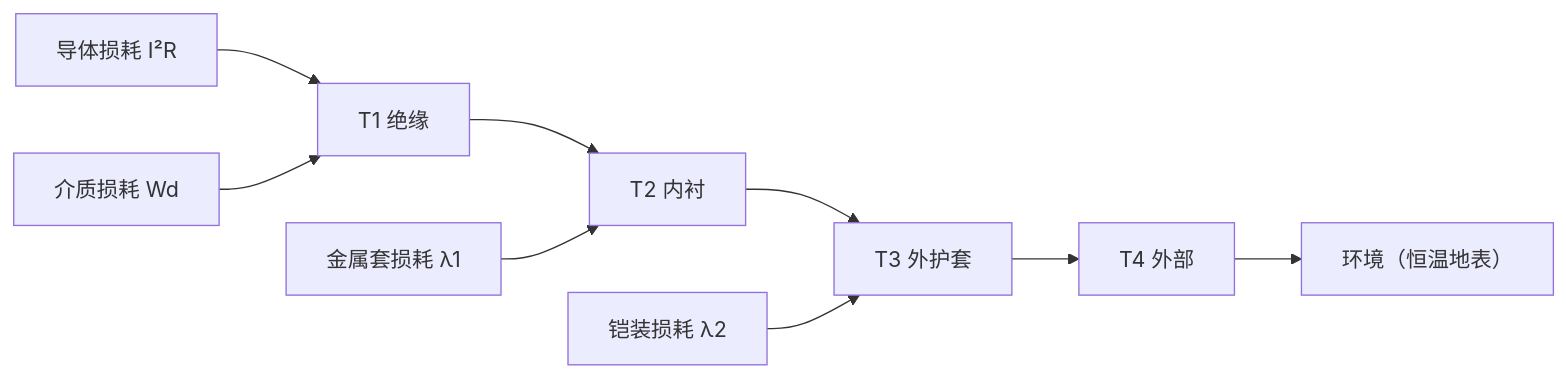
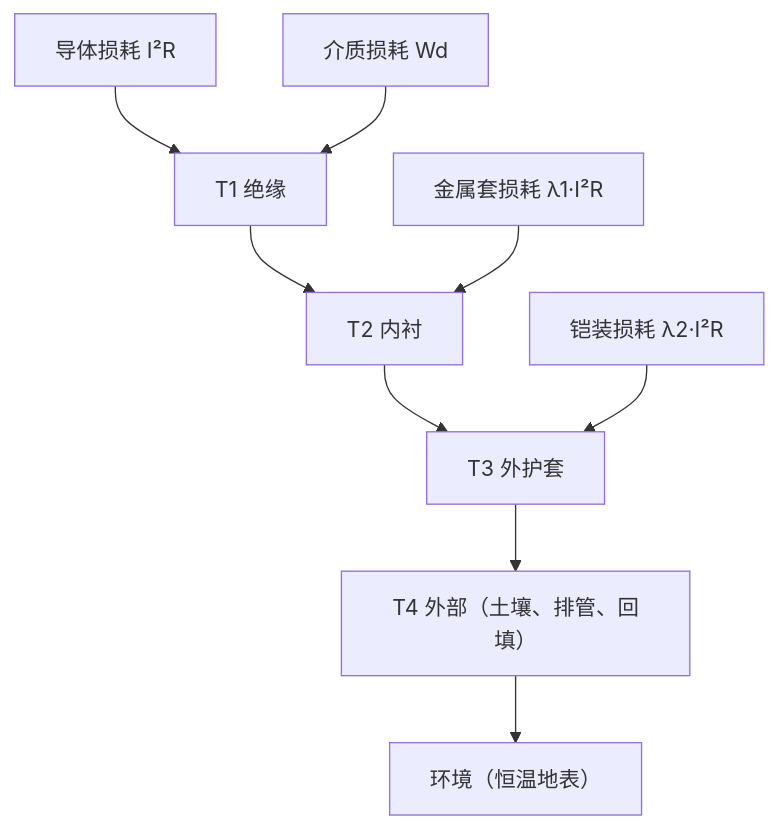
The diagram in site/src/content/docs/methods/iec-60287.mdx (luohui1/CableSimPro), drawn with Mermaid before and after one commit. The commit also changed other lines of this file and 5 other files, not shown here.

First line of the commit message:
fix(site): installable lockfile on Linux, bounded build memory, vertical heat-path diagram

````diff
--- a/site/src/content/docs/methods/iec-60287.mdx
+++ b/site/src/content/docs/methods/iec-60287.mdx
@@ -30,11 +32,11 @@
 ```mermaid
-flowchart LR
+flowchart TB
   C["导体损耗 I²R"] --> T1["T1 绝缘"]
   D["介质损耗 Wd"] --> T1
   T1 --> T2["T2 内衬"]
-  S["金属套损耗 λ1"] --> T2
+  S["金属套损耗 λ1·I²R"] --> T2
   T2 --> T3["T3 外护套"]
-  M["铠装损耗 λ2"] --> T3
-  T3 --> T4["T4 外部"]
+  M["铠装损耗 λ2·I²R"] --> T3
+  T3 --> T4["T4 外部（土壤、排管、回填）"]
   T4 --> E["环境（恒温地表）"]
 ```
````
